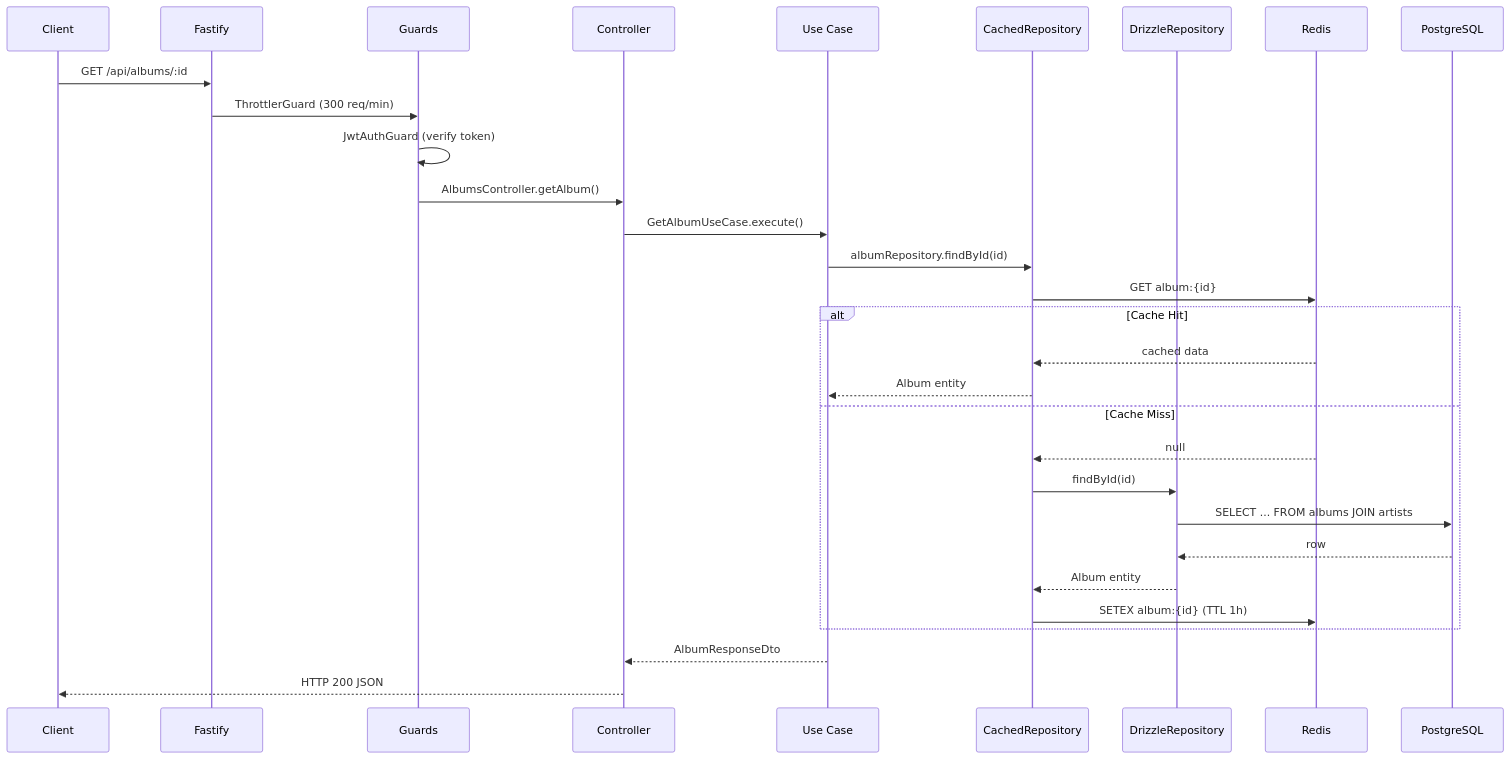
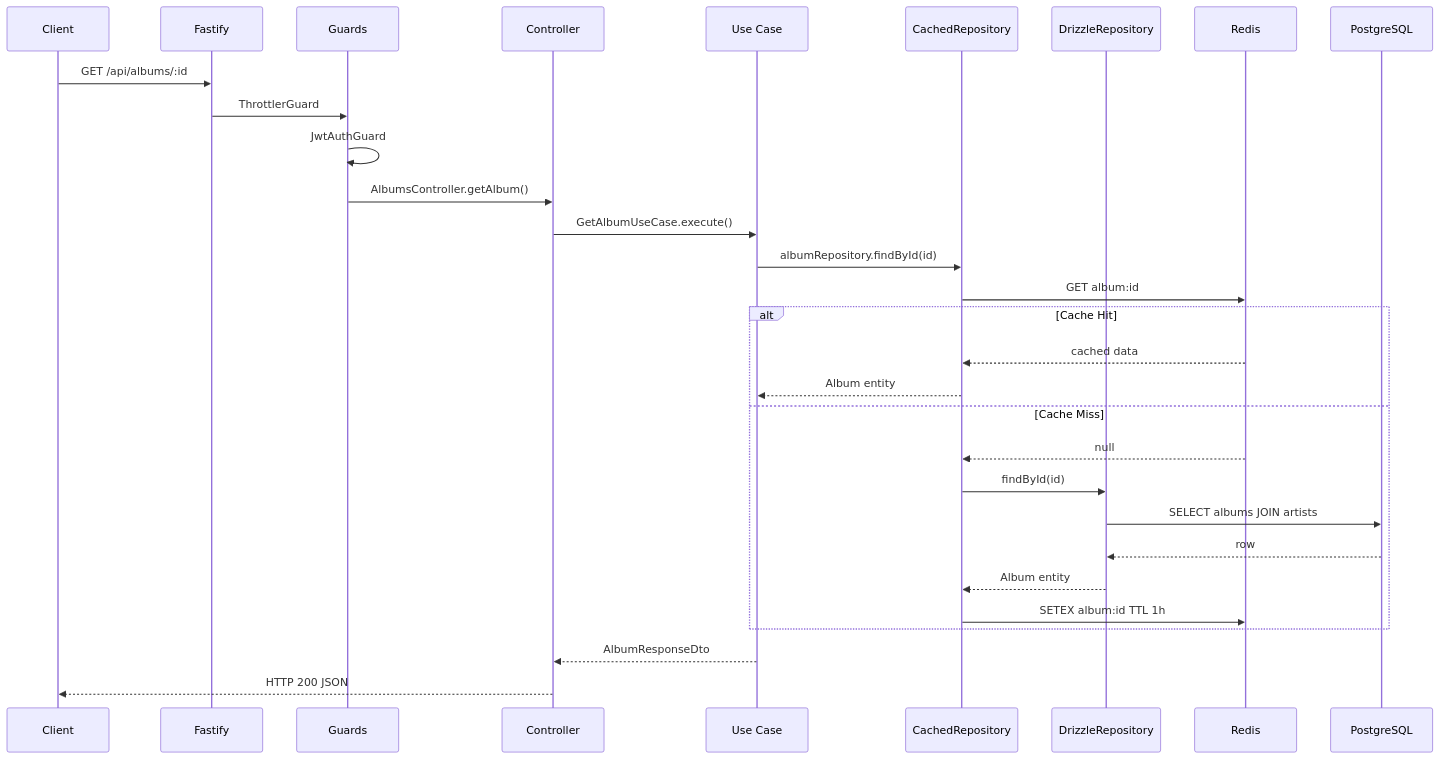
One commit to Alexzafra13/echo changed the second of 8 diagrams in docs/architecture.md. Above: the diagram before and after it, drawn with Mermaid. The commit also changed other lines of this file, not shown here.

First line of the commit message:
fix(docs): fix Mermaid syntax for GitHub rendering

````diff
--- a/docs/architecture.md
+++ b/docs/architecture.md
@@ -32,35 +32,35 @@
 ```mermaid
 sequenceDiagram
     participant C as Client
     participant F as Fastify
     participant G as Guards
     participant CT as Controller
     participant UC as Use Case
     participant CR as CachedRepository
     participant DR as DrizzleRepository
     participant RD as Redis
     participant DB as PostgreSQL
 
     C->>F: GET /api/albums/:id
-    F->>G: ThrottlerGuard (300 req/min)
-    G->>G: JwtAuthGuard (verify token)
+    F->>G: ThrottlerGuard
+    G->>G: JwtAuthGuard
     G->>CT: AlbumsController.getAlbum()
     CT->>UC: GetAlbumUseCase.execute()
     UC->>CR: albumRepository.findById(id)
 
-    CR->>RD: GET album:{id}
+    CR->>RD: GET album:id
     alt Cache Hit
         RD-->>CR: cached data
         CR-->>UC: Album entity
     else Cache Miss
         RD-->>CR: null
         CR->>DR: findById(id)
-        DR->>DB: SELECT ... FROM albums JOIN artists
+        DR->>DB: SELECT albums JOIN artists
         DB-->>DR: row
         DR-->>CR: Album entity
-        CR->>RD: SETEX album:{id} (TTL 1h)
+        CR->>RD: SETEX album:id TTL 1h
     end
 
     UC-->>CT: AlbumResponseDto
     CT-->>C: HTTP 200 JSON
 ```
````
